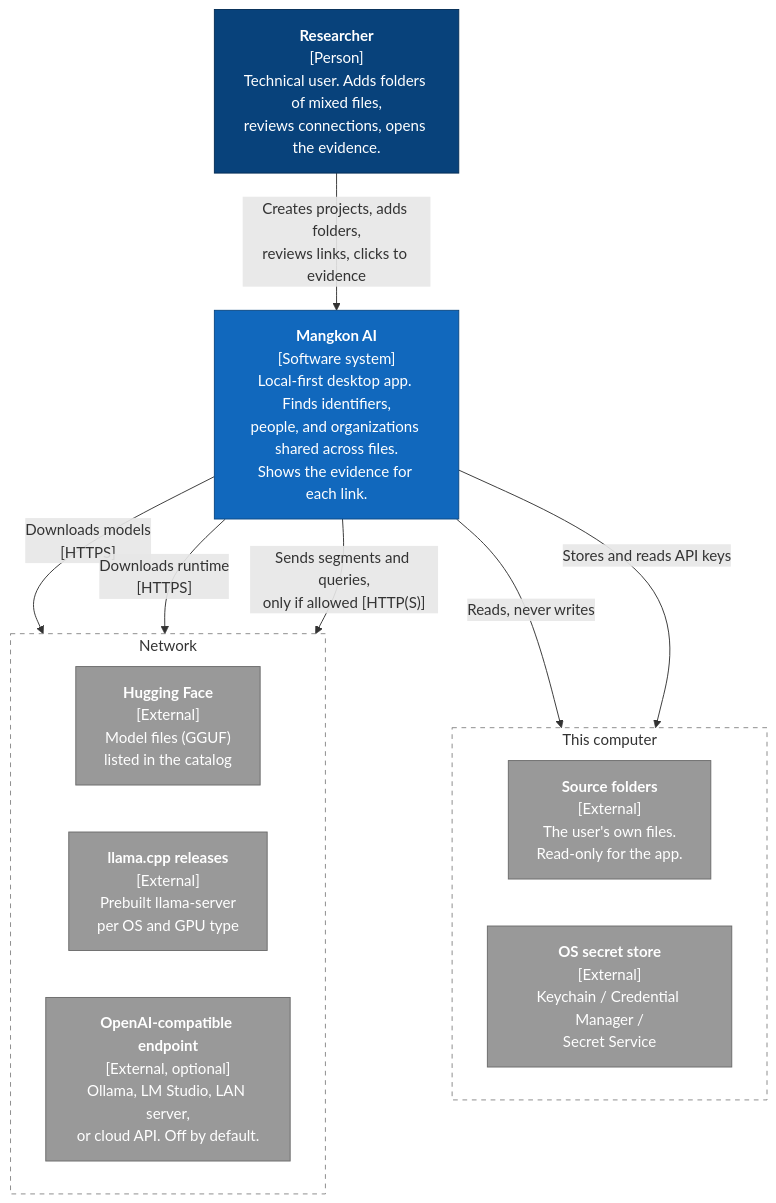
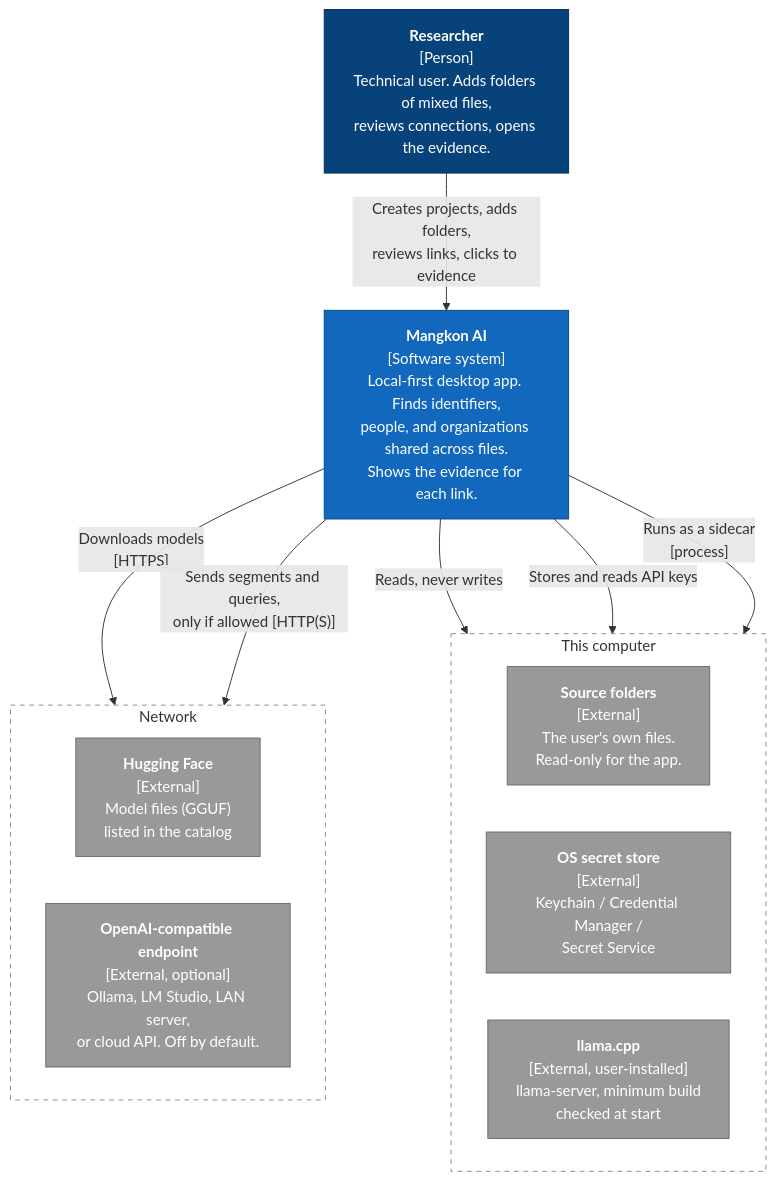
Before and after one commit to EugeneDumanskyi/mangkon-ai: the fourth of 7 diagrams in docs/05-architecture.md, drawn with Mermaid. The commit also changed other lines of this file and 40 other files, not shown here.

````diff
--- a/docs/05-architecture.md
+++ b/docs/05-architecture.md
@@ -131,35 +131,35 @@
 ```mermaid
 flowchart TB
     researcher["<b>Researcher</b><br/>[Person]<br/>Technical user. Adds folders of mixed files,<br/>reviews connections, opens the evidence."]
 
     mangkon["<b>Mangkon AI</b><br/>[Software system]<br/>Local-first desktop app. Finds identifiers,<br/>people, and organizations shared across files.<br/>Shows the evidence for each link."]
 
     subgraph local["This computer"]
         direction LR
         files["<b>Source folders</b><br/>[External]<br/>The user's own files.<br/>Read-only for the app."]
         secrets["<b>OS secret store</b><br/>[External]<br/>Keychain / Credential Manager /<br/>Secret Service"]
+        llamabin["<b>llama.cpp</b><br/>[External, user-installed]<br/>llama-server, minimum build<br/>checked at start"]
     end
 
     subgraph net["Network"]
         direction LR
         hf["<b>Hugging Face</b><br/>[External]<br/>Model files (GGUF)<br/>listed in the catalog"]
-        llamarel["<b>llama.cpp releases</b><br/>[External]<br/>Prebuilt llama-server<br/>per OS and GPU type"]
         endpoint["<b>OpenAI-compatible endpoint</b><br/>[External, optional]<br/>Ollama, LM Studio, LAN server,<br/>or cloud API. Off by default."]
     end
 
     researcher -- "Creates projects, adds folders,<br/>reviews links, clicks to evidence" --> mangkon
     mangkon -- "Reads, never writes" --> files
     mangkon -- "Stores and reads API keys" --> secrets
     mangkon -- "Downloads models<br/>[HTTPS]" --> hf
-    mangkon -- "Downloads runtime<br/>[HTTPS]" --> llamarel
+    mangkon -- "Runs as a sidecar<br/>[process]" --> llamabin
     mangkon -- "Sends segments and queries,<br/>only if allowed [HTTP(S)]" --> endpoint
 
     classDef person fill:#08427b,stroke:#052e56,color:#fff
     classDef system fill:#1168bd,stroke:#0b4884,color:#fff
     classDef ext fill:#999999,stroke:#6b6b6b,color:#fff
     class researcher person
     class mangkon system
-    class files,secrets,hf,llamarel,endpoint ext
+    class files,secrets,llamabin,hf,endpoint ext
     style local fill:none,stroke:#888,stroke-dasharray: 5 5
     style net fill:none,stroke:#888,stroke-dasharray: 5 5
 ```
````
